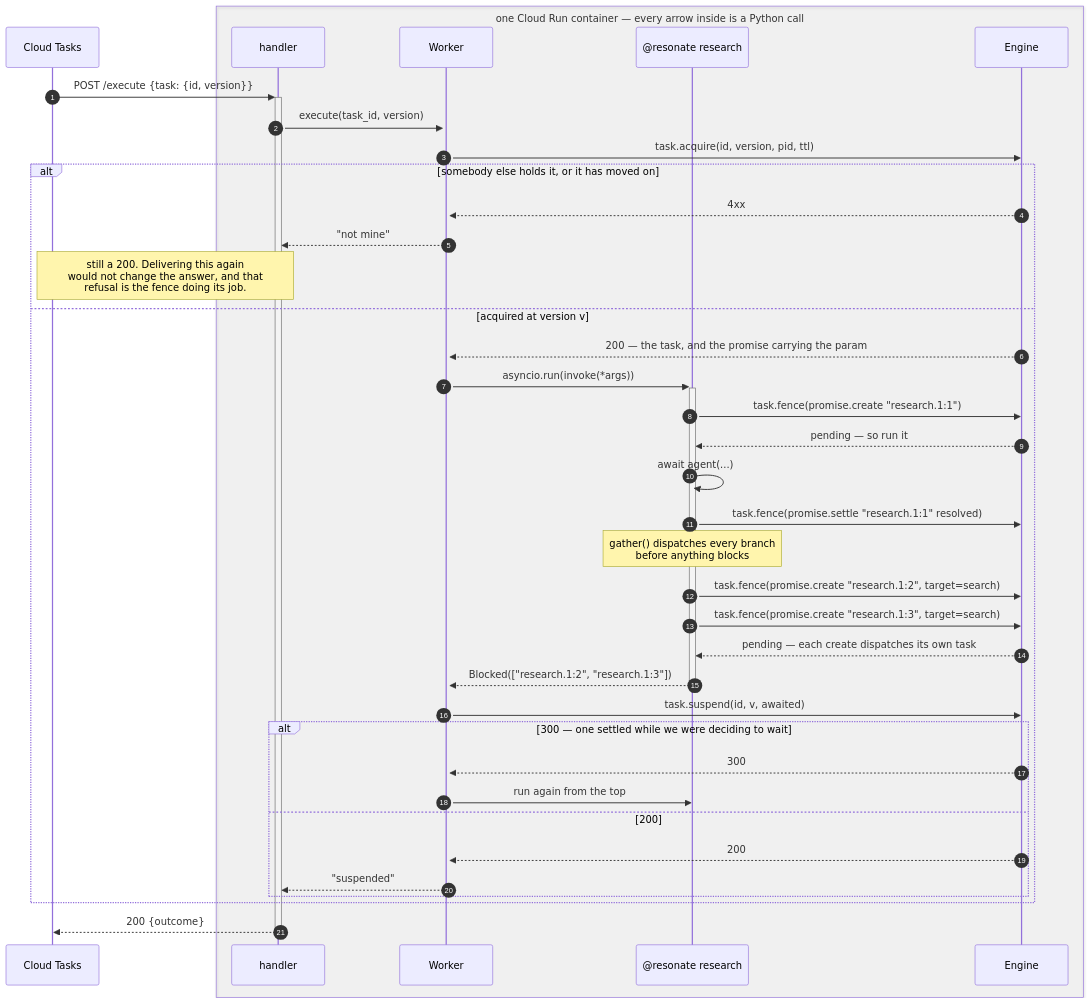
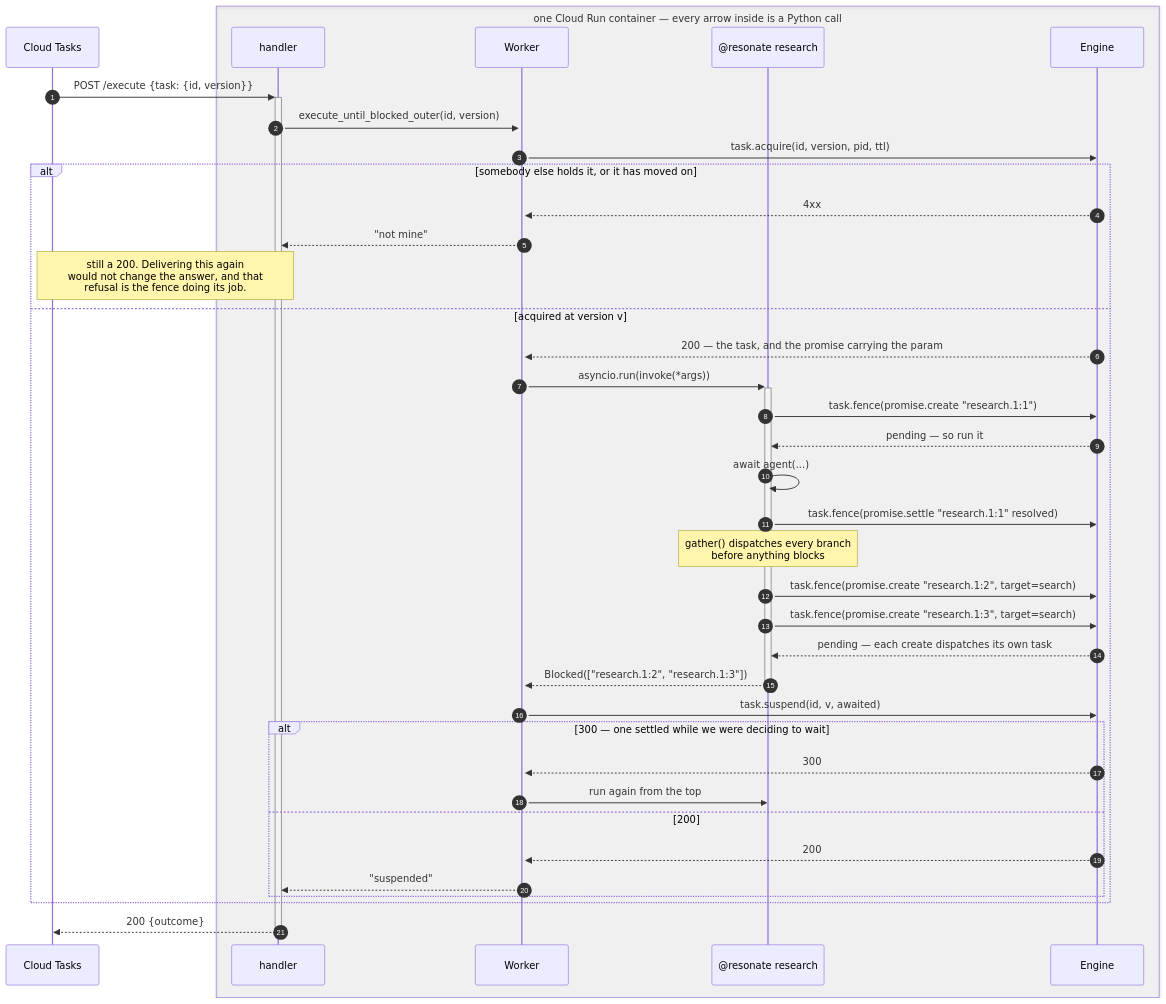
One commit to resonatehq/durable-execution changed the fourth of 6 diagrams in code/final/SEQUENCE.md. Above: the diagram before and after it, drawn with Mermaid. The commit also changed other lines of this file and 6 other files, not shown here.

````diff
--- a/code/final/SEQUENCE.md
+++ b/code/final/SEQUENCE.md
@@ -150,46 +150,46 @@
 ```mermaid
 sequenceDiagram
     autonumber
     participant Q as Cloud Tasks
     box rgba(128,128,128,0.08) one Cloud Run container — every arrow inside is a Python call
         participant H as handler
         participant W as Worker
         participant Fn as @resonate research
         participant E as Engine
     end
 
     Q->>+H: POST /execute {task: {id, version}}
-    H->>+W: execute(task_id, version)
+    H->>+W: execute_until_blocked_outer(id, version)
     W->>E: task.acquire(id, version, pid, ttl)
 
     alt somebody else holds it, or it has moved on
         E-->>W: 4xx
         W-->>H: "not mine"
         Note over H,Q: still a 200. Delivering this again<br/>would not change the answer, and that<br/>refusal is the fence doing its job.
     else acquired at version v
         E-->>W: 200 — the task, and the promise carrying the param
         W->>+Fn: asyncio.run(invoke(*args))
 
         Fn->>E: task.fence(promise.create "research.1:1")
         E-->>Fn: pending — so run it
         Fn->>Fn: await agent(...)
         Fn->>E: task.fence(promise.settle "research.1:1" resolved)
 
         Note over Fn: gather() dispatches every branch<br/>before anything blocks
         Fn->>E: task.fence(promise.create "research.1:2", target=search)
         Fn->>E: task.fence(promise.create "research.1:3", target=search)
         E-->>Fn: pending — each create dispatches its own task
         Fn-->>-W: Blocked(["research.1:2", "research.1:3"])
 
         W->>E: task.suspend(id, v, awaited)
         alt 300 — one settled while we were deciding to wait
             E-->>W: 300
             W->>Fn: run again from the top
         else 200
             E-->>W: 200
             W-->>H: "suspended"
         end
     end
 
     H-->>-Q: 200 {outcome}
 ```
````
